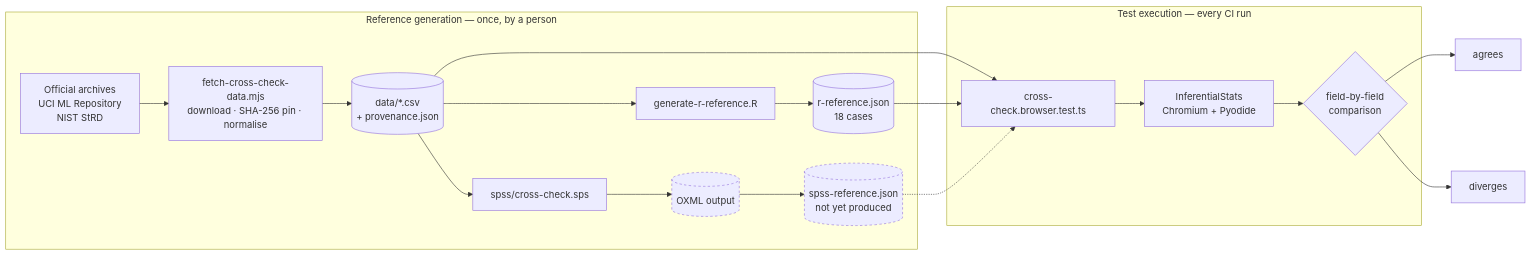
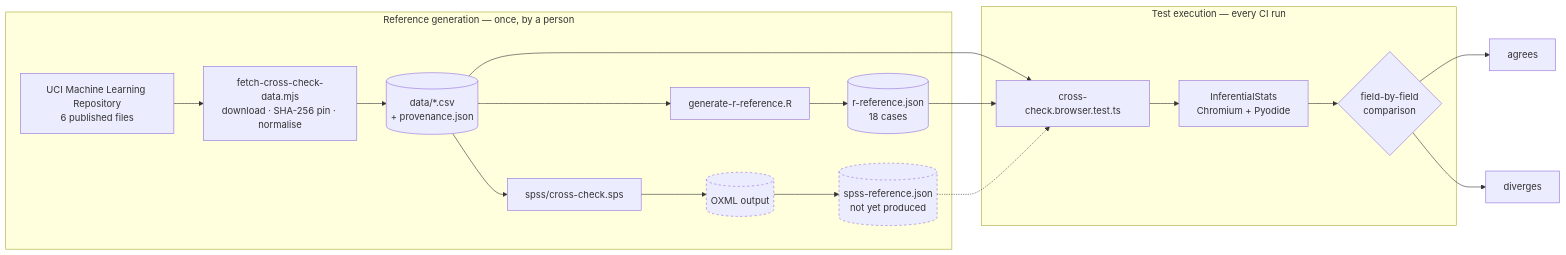
The first of 4 diagrams in docs/validation/report-2026-10-06-r-crosscheck.md (WinM2M/inferential-stats-js), drawn with Mermaid before and after one commit. The commit also changed other lines of this file and 1 other file, not shown here.

````diff
--- a/docs/validation/report-2026-10-06-r-crosscheck.md
+++ b/docs/validation/report-2026-10-06-r-crosscheck.md
@@ -33,28 +33,28 @@
 ```mermaid
 flowchart LR
     subgraph gen["Reference generation — once, by a person"]
-        PUB["Official archives<br/>UCI ML Repository<br/>NIST StRD"]
+        PUB["UCI Machine Learning Repository<br/>6 published files"]
         FETCH["fetch-cross-check-data.mjs<br/>download · SHA-256 pin · normalise"]
         CSV[("data/*.csv<br/>+ provenance.json")]
         GR["generate-r-reference.R"]
         SPS["spss/cross-check.sps"]
         PUB --> FETCH --> CSV
         CSV --> GR --> RJ[("r-reference.json<br/>18 cases")]
         CSV --> SPS --> OX[("OXML output")] --> SJ[("spss-reference.json<br/>not yet produced")]
     end
 
     subgraph run["Test execution — every CI run"]
         T["cross-check.browser.test.ts"]
         SDK["InferentialStats<br/>Chromium + Pyodide"]
         CSV --> T
         RJ --> T
         SJ -.-> T
         T --> SDK --> CMP{"field-by-field<br/>comparison"}
     end
 
     CMP --> OK["agrees"]
     CMP --> NG["diverges"]
 
     style SJ stroke-dasharray: 4 4
     style OX stroke-dasharray: 4 4
 ```
````
